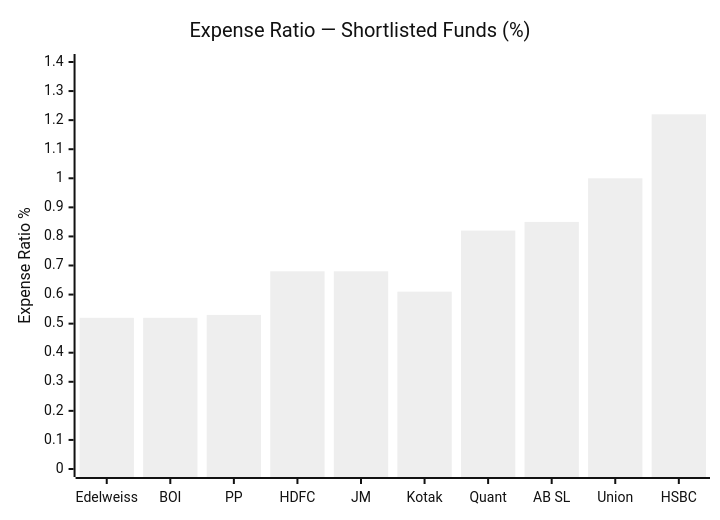
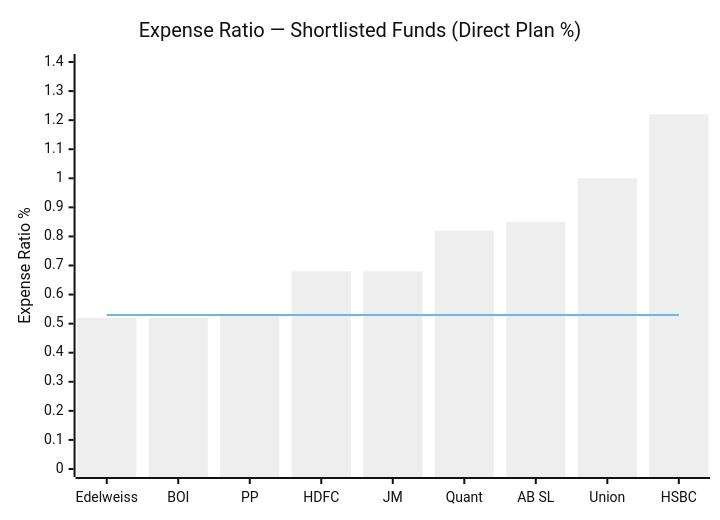
One commit to mayankutkarsh334/Investment changed the first of 11 diagrams in Mutual Fund/FlexiCap/funds/parag_parikh/module4_cost.md. Above: the diagram before and after it, drawn with Mermaid (neutral theme). The commit also changed other lines of this file and 4 other files, not shown here.

````diff
--- a/Mutual Fund/FlexiCap/funds/parag_parikh/module4_cost.md
+++ b/Mutual Fund/FlexiCap/funds/parag_parikh/module4_cost.md
@@ -5,7 +18,8 @@
 ```mermaid
 xychart-beta
-    title "Expense Ratio — Shortlisted Funds (%)"
-    x-axis ["Edelweiss", "BOI", "PP", "HDFC", "JM", "Kotak", "Quant", "AB SL", "Union", "HSBC"]
+    title "Expense Ratio — Shortlisted Funds (Direct Plan %)"
+    x-axis ["Edelweiss", "BOI", "PP", "HDFC", "JM", "Quant", "AB SL", "Union", "HSBC"]
     y-axis "Expense Ratio %" 0 --> 1.4
-    bar [0.52, 0.52, 0.53, 0.68, 0.68, 0.61, 0.82, 0.85, 1.00, 1.22]
+    bar [0.52, 0.52, 0.53, 0.68, 0.68, 0.82, 0.85, 1.00, 1.22]
+    line [0.53, 0.53, 0.53, 0.53, 0.53, 0.53, 0.53, 0.53, 0.53]
 ```
````
